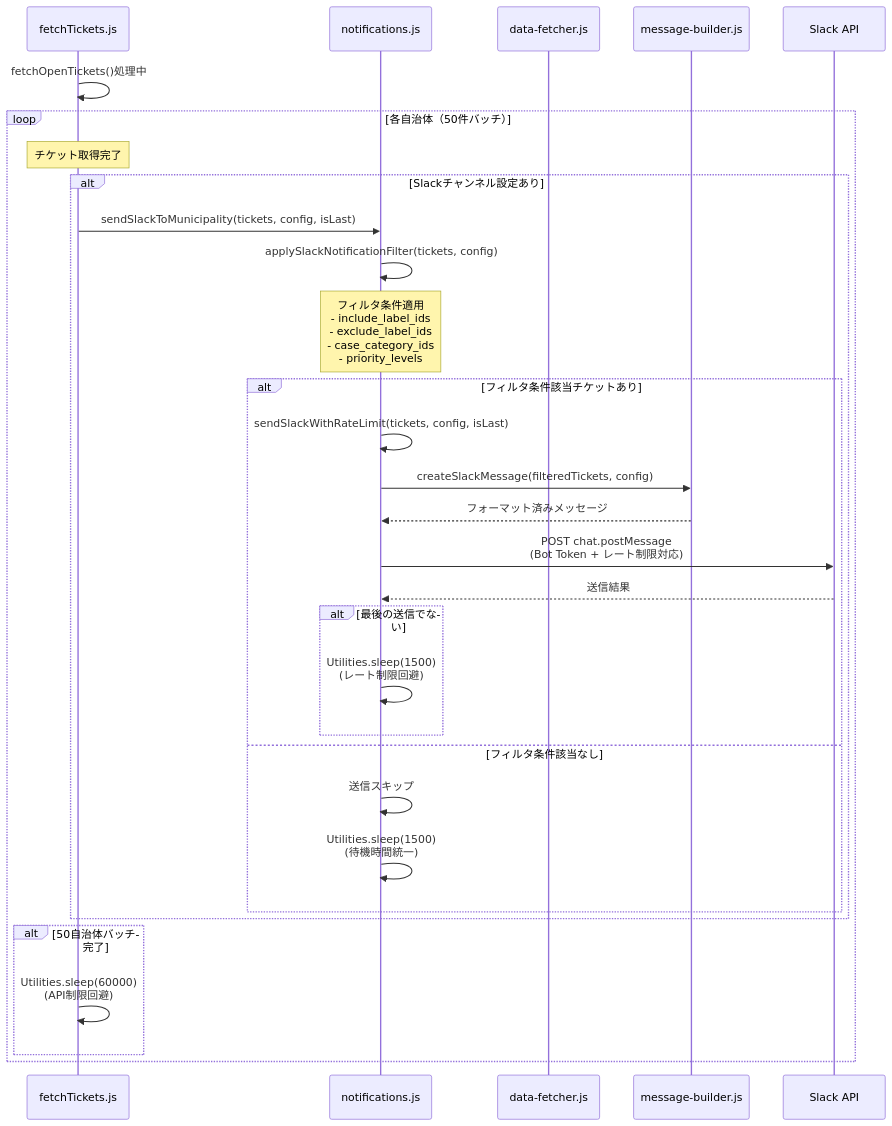
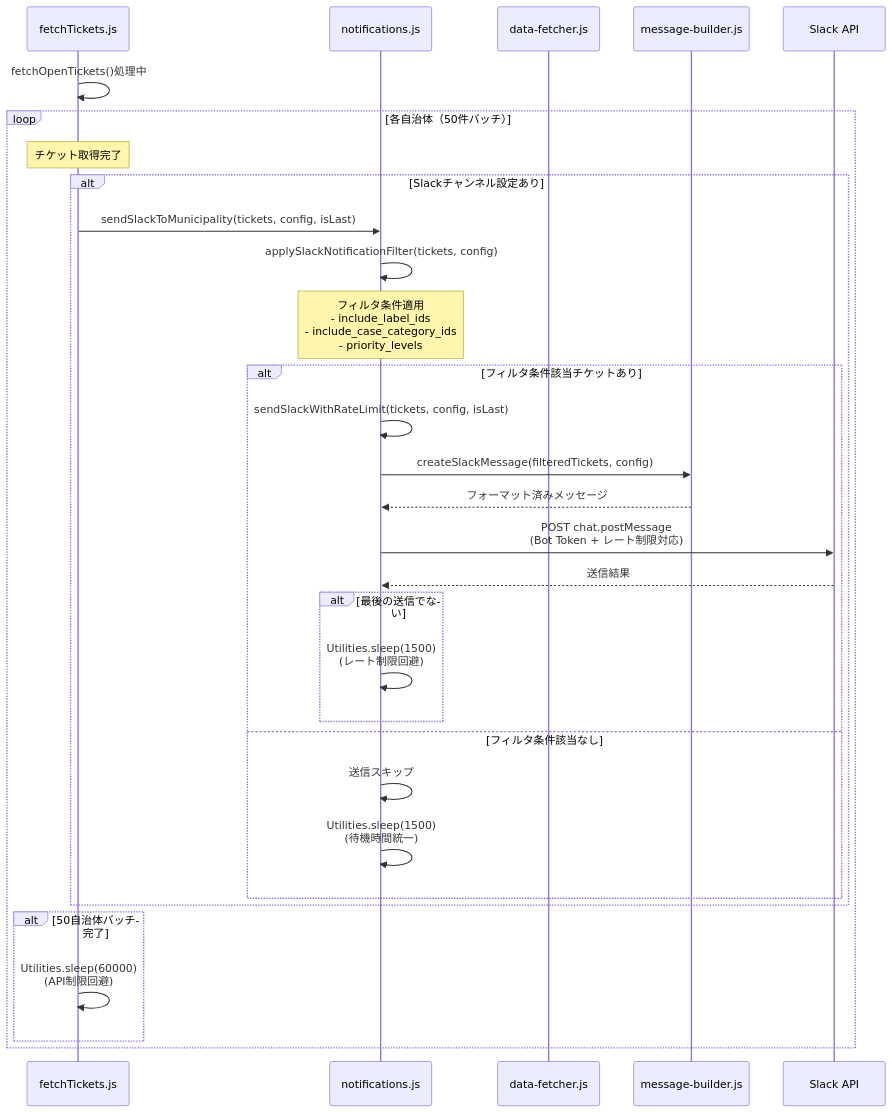
One commit to steamship-inc/relation-bot changed the second of 2 diagrams in slack/README.md. Above: the diagram before and after it, drawn with Mermaid. The commit also changed 2 other files, not shown here.

Commit message:
フィルタUIの簡素化: 除外フィルタを削除して包含フィルタのみに変更
- slack-filter/slack-filter-config.js: 除外ラベル・分類のセクションを削除
- slack/notifications.js: 除外フィルタロジックを削除
- slack/README.md: ドキュメント更新
- ユーザーが選択したラベル・分類のチケットのみ通知する分かりやすいUI

````diff
--- a/slack/README.md
+++ b/slack/README.md
@@ -61,40 +61,40 @@
 ```mermaid
 sequenceDiagram
     participant FetchTickets as fetchTickets.js
     participant Notifications as notifications.js
     participant DataFetcher as data-fetcher.js
     participant MessageBuilder as message-builder.js
     participant Slack as Slack API
 
     %% 全自治体チケット取得中の通知フロー
     FetchTickets->>FetchTickets: fetchOpenTickets()処理中
     
     loop 各自治体（50件バッチ）
         Note over FetchTickets: チケット取得完了
         
         alt Slackチャンネル設定あり
             FetchTickets->>Notifications: sendSlackToMunicipality(tickets, config, isLast)
             Notifications->>Notifications: applySlackNotificationFilter(tickets, config)
-            Note over Notifications: フィルタ条件適用<br/>- include_label_ids<br/>- exclude_label_ids<br/>- case_category_ids<br/>- priority_levels
+            Note over Notifications: フィルタ条件適用<br/>- include_label_ids<br/>- include_case_category_ids<br/>- priority_levels
             
             alt フィルタ条件該当チケットあり
                 Notifications->>Notifications: sendSlackWithRateLimit(tickets, config, isLast)
                 Notifications->>MessageBuilder: createSlackMessage(filteredTickets, config)
                 MessageBuilder-->>Notifications: フォーマット済みメッセージ
                 Notifications->>Slack: POST chat.postMessage<br/>(Bot Token + レート制限対応)
                 Slack-->>Notifications: 送信結果
                 
                 alt 最後の送信でない
                     Notifications->>Notifications: Utilities.sleep(1500)<br/>(レート制限回避)
                 end
             else フィルタ条件該当なし
                 Notifications->>Notifications: 送信スキップ
                 Notifications->>Notifications: Utilities.sleep(1500)<br/>(待機時間統一)
             end
         end
         
         alt 50自治体バッチ完了
             FetchTickets->>FetchTickets: Utilities.sleep(60000)<br/>(API制限回避)
         end
     end
 ```
````
